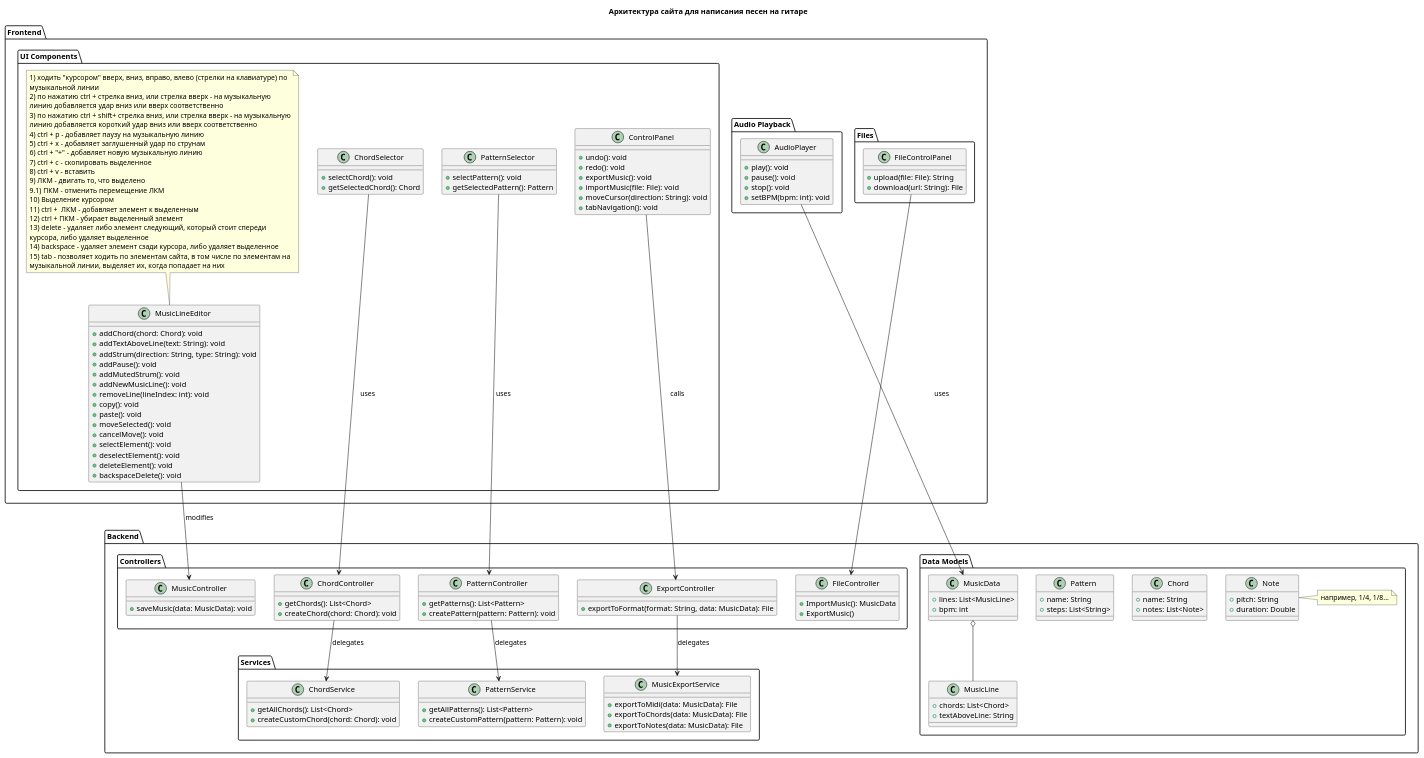
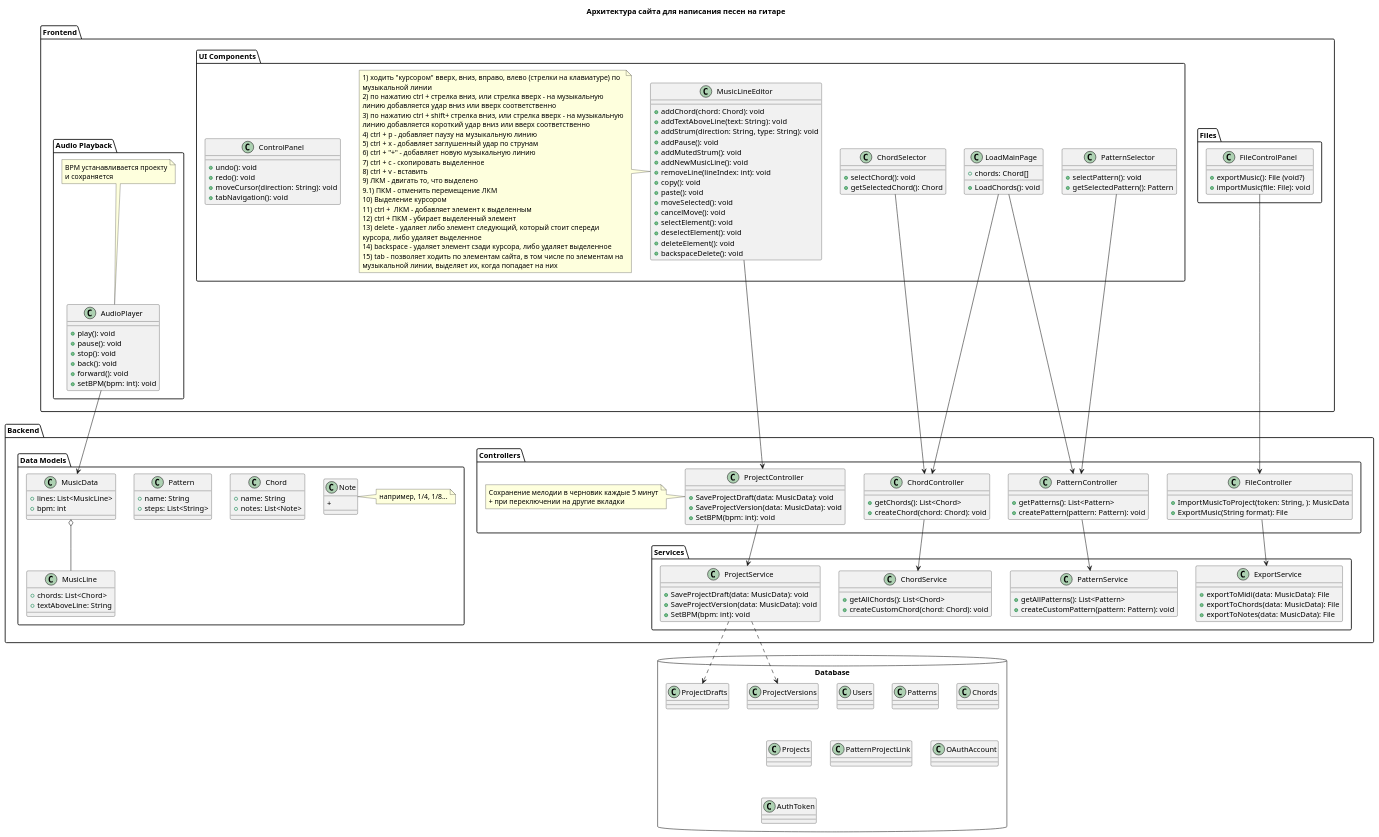
The diagram in PlantUMLdiagrams/Схема проекта.puml (AnastasiaKallisto/GuitarApp), drawn with PlantUML before and after one commit. The commit also changed 1 other file, not shown here.

```diff
--- a/PlantUMLdiagrams/Схема проекта.puml
+++ b/PlantUMLdiagrams/Схема проекта.puml
@@ -10,6 +10,11 @@
 
 package "Frontend" {
   package "UI Components" {
+    class "LoadMainPage" {
+        + chords: Chord[]
+        + LoadChords(): void
+    }
+
     class "ChordSelector" {
       + selectChord(): void
       + getSelectedChord(): Chord
@@ -38,7 +43,7 @@
         + backspaceDelete(): void
     }
 
-    note top
+    note left
         1) ходить "курсором" вверх, вниз, вправо, влево (стрелки на клавиатуре) по музыкальной линии
         2) по нажатию ctrl + стрелка вниз, или стрелка вверх - на музыкальную линию добавляется удар вниз или вверх соответственно
         3) по нажатию ctrl + shift+ стрелка вниз, или стрелка вверх - на музыкальную линию добавляется короткий удар вниз или вверх соответственно
@@ -60,8 +65,6 @@
     class "ControlPanel" {
       + undo(): void
       + redo(): void
-      + exportMusic(): void
-      + importMusic(file: File): void
       + moveCursor(direction: String): void
       + tabNavigation(): void
     }
@@ -72,14 +75,21 @@
       + play(): void
       + pause(): void
       + stop(): void
+      + back(): void
+      + forward(): void
       + setBPM(bpm: int): void
     }
+
+    note top
+    BPM устанавливается проекту
+    и сохраняется
+    end note
   }
 
   package "Files" {
     class "FileControlPanel" {
-      + upload(file: File): String
-      + download(url: String): File
+        + exportMusic(): File (void?)
+        + importMusic(file: File): void
     }
   }
 }
@@ -92,8 +102,8 @@
     }
 
     class "FileController" {
-        + ImportMusic(): MusicData
-        + ExportMusic()
+        + ImportMusicToProject(token: String, ): MusicData
+        + ExportMusic(String format): File
     }
 
     class "PatternController" {
@@ -101,16 +111,25 @@
       + createPattern(pattern: Pattern): void
     }
 
-    class "MusicController" {
-      + saveMusic(data: MusicData): void
+    class "ProjectController" {
+      + SaveProjectDraft(data: MusicData): void
+      + SaveProjectVersion(data: MusicData): void
+      + SetBPM(bpm: int): void
     }
 
-    class "ExportController" {
-      + exportToFormat(format: String, data: MusicData): File
-    }
+    note left
+    Сохранение мелодии в черновик каждые 5 минут
+    + при переключении на другие вкладки
+    end note
   }
 
   package "Services" {
+    class ProjectService {
+        + SaveProjectDraft(data: MusicData): void
+        + SaveProjectVersion(data: MusicData): void
+        + SetBPM(bpm: int): void
+    }
+
     class "ChordService" {
       + getAllChords(): List<Chord>
       + createCustomChord(chord: Chord): void
@@ -121,7 +140,7 @@
       + createCustomPattern(pattern: Pattern): void
     }
 
-    class "MusicExportService" {
+    class "ExportService" {
       + exportToMidi(data: MusicData): File
       + exportToChords(data: MusicData): File
       + exportToNotes(data: MusicData): File
@@ -150,8 +169,7 @@
     }
 
     class "Note" {
-      + pitch: String
-      + duration: Double
+      +
     }
 
     note right
@@ -162,13 +180,31 @@
   }
 }
 
+package Database <<Database>> {
+  class Users
+  class Patterns
+  class Chords
+  class ProjectDrafts
+  class Projects
+  class ProjectVersions
+  class PatternProjectLink
+  class OAuthAccount
+  class AuthToken
+}
+
 "FileControlPanel" --> "FileController"
-"ChordSelector" --> "ChordController" : uses
-"PatternSelector" --> "PatternController" : uses
-"MusicLineEditor" --> "MusicController" : modifies
-"ControlPanel" --> "ExportController" : calls
-"AudioPlayer" --> "MusicData" : uses
-"ChordController" --> "ChordService" : delegates
-"PatternController" --> "PatternService" : delegates
-"ExportController" --> "MusicExportService" : delegates
+"ChordSelector" --> "ChordController"
+"PatternSelector" --> "PatternController"
+"MusicLineEditor" --> "ProjectController"
+"AudioPlayer" --> "MusicData"
+"ChordController" --> "ChordService"
+"PatternController" --> "PatternService"
+"FileController" --> "ExportService"
+
+"LoadMainPage" --> "ChordController"
+"LoadMainPage" --> "PatternController"
+"ProjectController" --> ProjectService
+
+ProjectService ..> ProjectDrafts
+ProjectService ..> ProjectVersions
 @enduml
```
